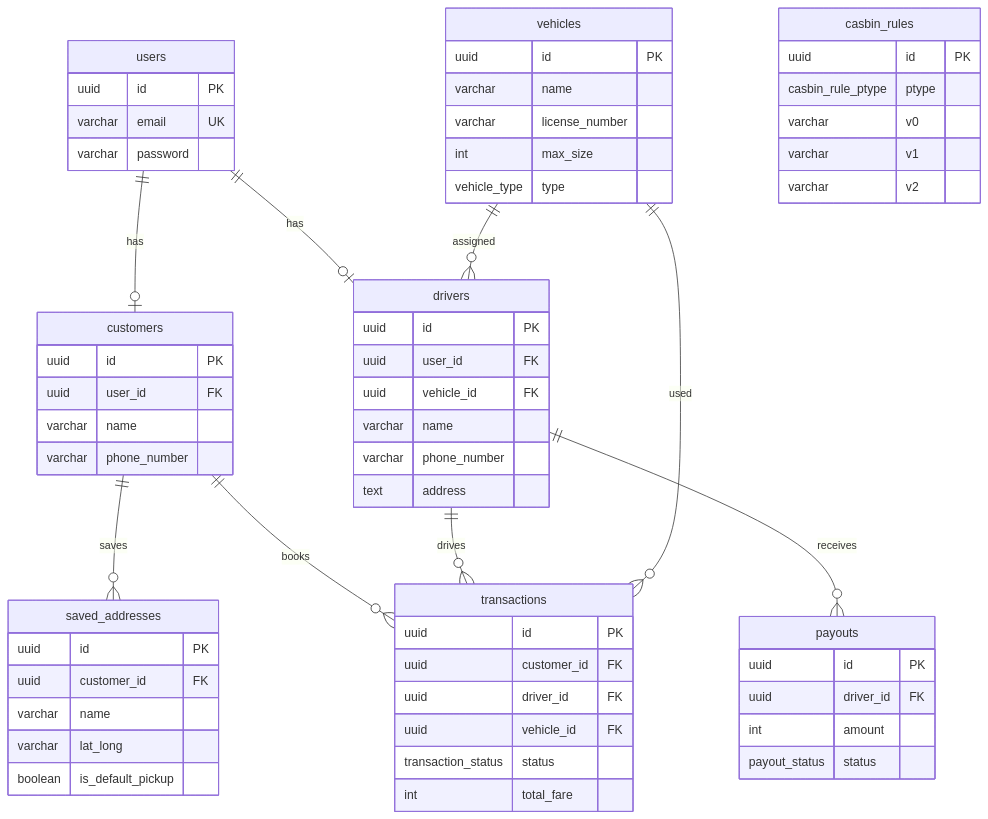
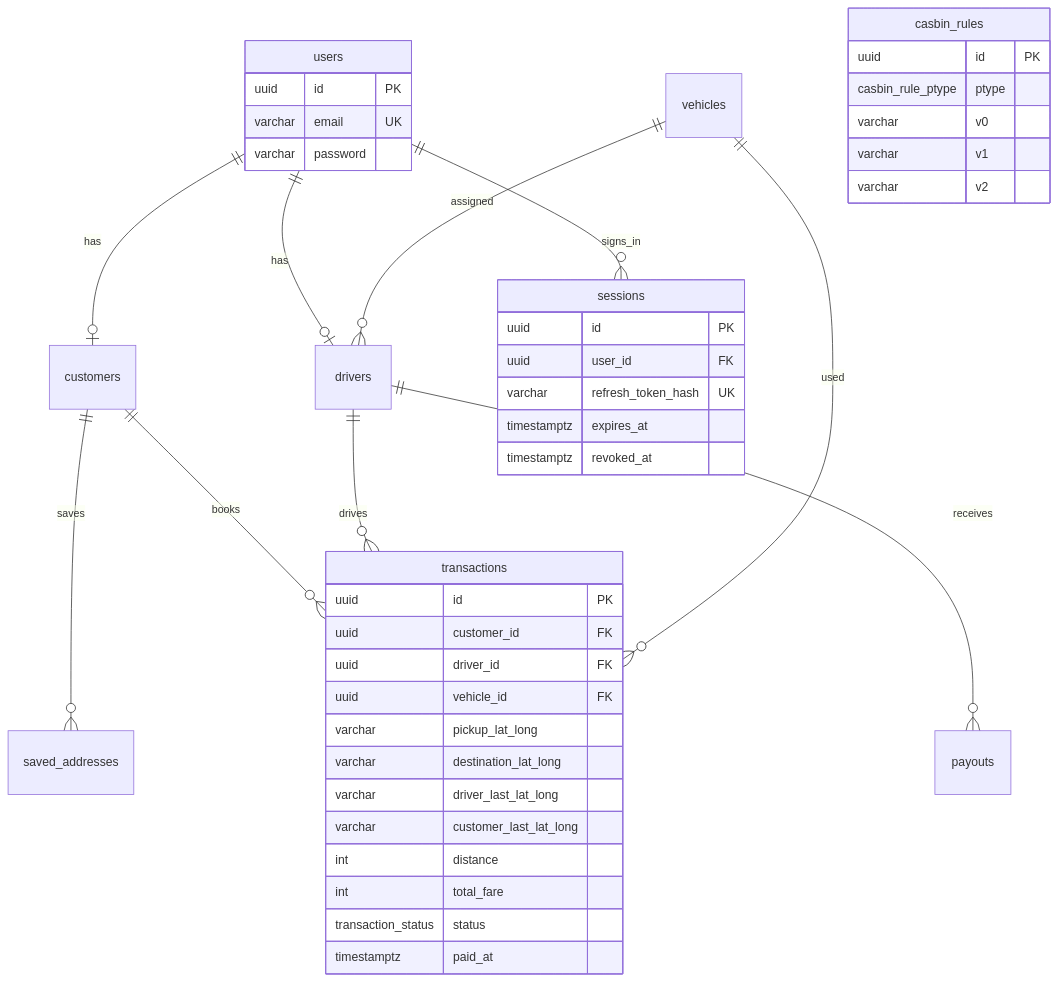
Before and after one commit to AdiCahyaSaputra/go-ojol: the sixth of 6 diagrams in ARCHITECTURE.md, drawn with Mermaid. The commit also changed other lines of this file and 1 other file, not shown here.

````diff
--- a/ARCHITECTURE.md
+++ b/ARCHITECTURE.md
@@ -237,66 +304,46 @@
 ```mermaid
 erDiagram
   users ||--o| customers : has
   users ||--o| drivers : has
+  users ||--o{ sessions : signs_in
   customers ||--o{ saved_addresses : saves
   customers ||--o{ transactions : books
   drivers ||--o{ transactions : drives
   drivers ||--o{ payouts : receives
   vehicles ||--o{ drivers : assigned
   vehicles ||--o{ transactions : used
 
   users {
     uuid id PK
     varchar email UK
     varchar password
   }
+  sessions {
+    uuid id PK
+    uuid user_id FK
+    varchar refresh_token_hash UK
+    timestamptz expires_at
+    timestamptz revoked_at
+  }
   casbin_rules {
     uuid id PK
     casbin_rule_ptype ptype
     varchar v0
     varchar v1
     varchar v2
   }
-  customers {
-    uuid id PK
-    uuid user_id FK
-    varchar name
-    varchar phone_number
-  }
-  drivers {
-    uuid id PK
-    uuid user_id FK
-    uuid vehicle_id FK
-    varchar name
-    varchar phone_number
-    text address
-  }
-  vehicles {
-    uuid id PK
-    varchar name
-    varchar license_number
-    int max_size
-    vehicle_type type
-  }
-  saved_addresses {
-    uuid id PK
-    uuid customer_id FK
-    varchar name
-    varchar lat_long
-    boolean is_default_pickup
-  }
   transactions {
     uuid id PK
     uuid customer_id FK
     uuid driver_id FK
     uuid vehicle_id FK
+    varchar pickup_lat_long
+    varchar destination_lat_long
+    varchar driver_last_lat_long
+    varchar customer_last_lat_long
+    int distance
+    int total_fare
     transaction_status status
-    int total_fare
-  }
-  payouts {
-    uuid id PK
-    uuid driver_id FK
-    int amount
-    payout_status status
+    timestamptz paid_at
   }
 ```
````
